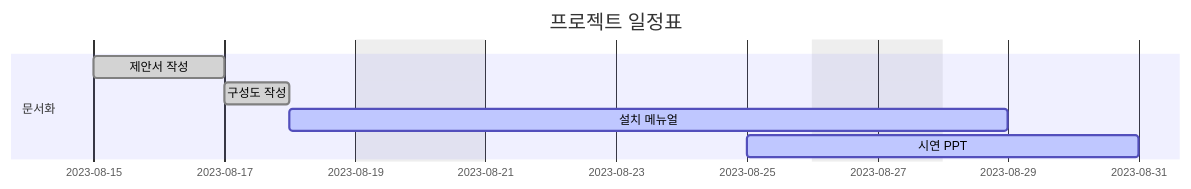
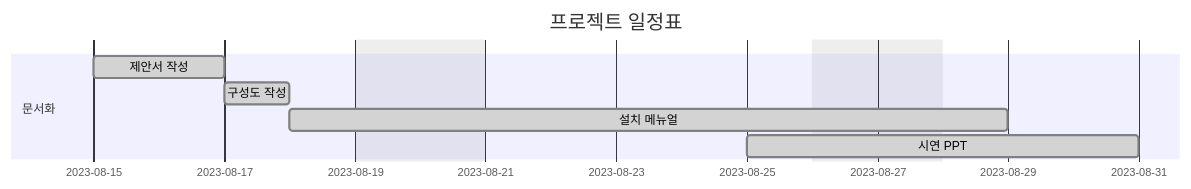
The diagram in README.md (LOFL404/project1), drawn with Mermaid before and after one commit.

````diff
--- a/README.md
+++ b/README.md
@@ -1,16 +1,16 @@
 ```mermaid
 gantt
     dateFormat  YYYY-MM-DD
     axisFormat  %Y-%m-%d
     title       프로젝트 일정표
     excludes    weekends saturday,sunday
     
     section 문서화
     제안서 작성     :done,    a, 2023-08-15, 2d
     구성도 작성     :done,    b, 2023-08-17, 1d
-    설치 메뉴얼     :active,  c, 2023-08-18, 7d
-    시연 PPT        :active,  d, 2023-08-25, 4d
+    설치 메뉴얼     :done,  c, 2023-08-18, 7d
+    시연 PPT        :done,  d, 2023-08-25, 4d
 
     section 구현
     
 ```
````
